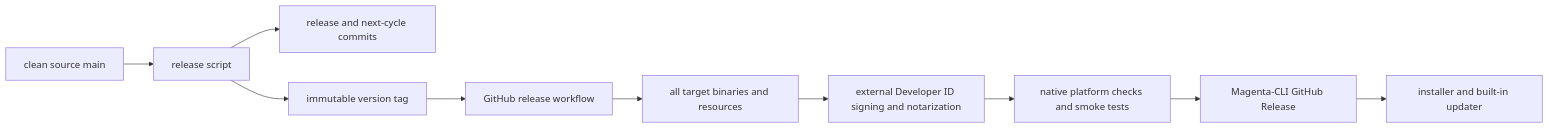
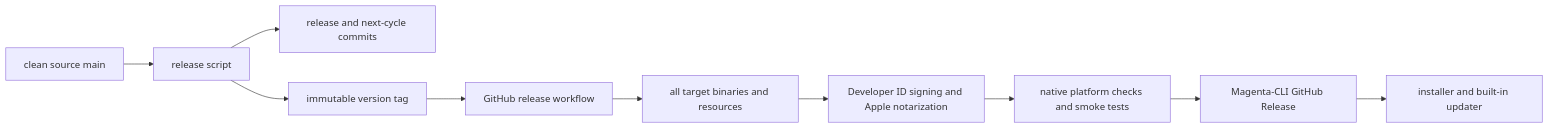
One commit to Minions-Land/Magenta changed the diagram in docs/UPDATE_SETUP_GUIDE.md. Above: the diagram before and after it, drawn with Mermaid. The commit also changed other lines of this file and 130 other files, not shown here.

````diff
--- a/docs/UPDATE_SETUP_GUIDE.md
+++ b/docs/UPDATE_SETUP_GUIDE.md
@@ -29,12 +29,12 @@
 ```mermaid
 flowchart LR
     Main[clean source main] --> Script[release script]
     Script --> Commits[release and next-cycle commits]
     Script --> Tag[immutable version tag]
     Tag --> Workflow[GitHub release workflow]
     Workflow --> Build[all target binaries and resources]
-    Build --> Sign[external Developer ID signing and notarization]
+    Build --> Sign[Developer ID signing and Apple notarization]
     Sign --> Verify[native platform checks and smoke tests]
     Verify --> Public[Magenta-CLI GitHub Release]
     Public --> Client[installer and built-in updater]
 ```
````
